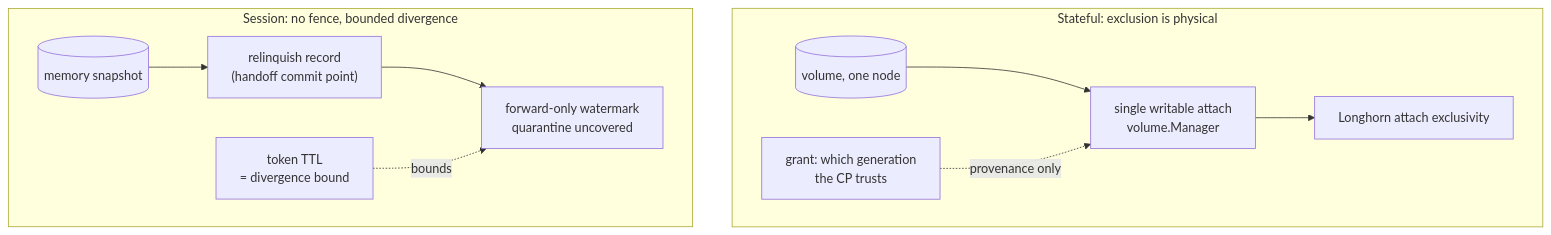
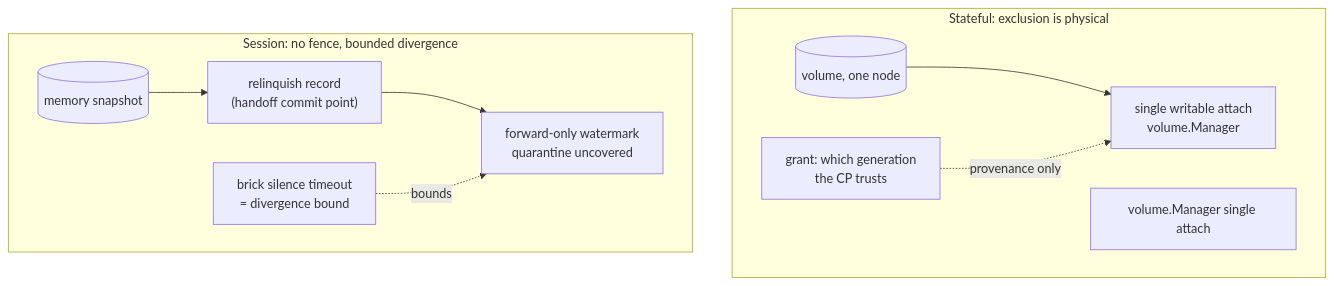
The diagram in docs/decisions/embervm/023-class-scoped-ownership-arbitration.md (jomcgi-org/homelab), drawn with Mermaid before and after one commit. The commit also changed other lines of this file and 12 other files, not shown here.

````diff
--- a/docs/decisions/embervm/023-class-scoped-ownership-arbitration.md
+++ b/docs/decisions/embervm/023-class-scoped-ownership-arbitration.md
@@ -97,20 +101,20 @@
 ```mermaid
 graph TB
     subgraph stateful["Stateful: exclusion is physical"]
         V[("volume, one node")]
         A["single writable attach<br/>volume.Manager"]
-        L["Longhorn attach exclusivity"]
+        L["volume.Manager single attach"]
         G["grant: which generation<br/>the CP trusts"]
-        V --> A --> L
+        V --> A
         G -.provenance only.-> A
     end
 
     subgraph session["Session: no fence, bounded divergence"]
         S[("memory snapshot")]
         R["relinquish record<br/>(handoff commit point)"]
         W["forward-only watermark<br/>quarantine uncovered"]
-        T["token TTL<br/>= divergence bound"]
+        T["brick silence timeout<br/>= divergence bound"]
         S --> R --> W
         T -.bounds.-> W
     end
 ```
````
